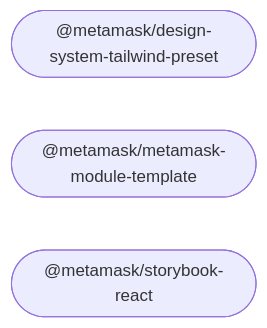
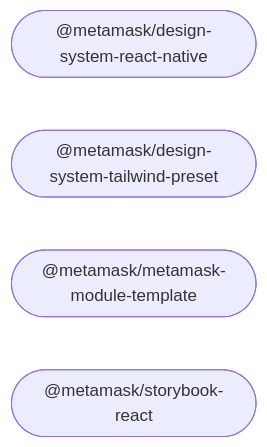
One commit to georgewrmarshall/metamask-design-system changed the diagram in README.md. Above: the diagram before and after it, drawn with Mermaid. The commit also changed other lines of this file and 13 other files, not shown here.

First line of the commit message:
chore: Initialize design-system-react-native package (#44)

````diff
--- a/README.md
+++ b/README.md
@@ -21,8 +22,9 @@
 ```mermaid
 %%{ init: { 'flowchart': { 'curve': 'bumpX' } } }%%
 graph LR;
 linkStyle default opacity:0.5
+  design_system_react_native(["@metamask/design-system-react-native"]);
   design_system_tailwind_preset(["@metamask/design-system-tailwind-preset"]);
   metamask_module_template(["@metamask/metamask-module-template"]);
   storybook_react(["@metamask/storybook-react"]);
 ```
````
